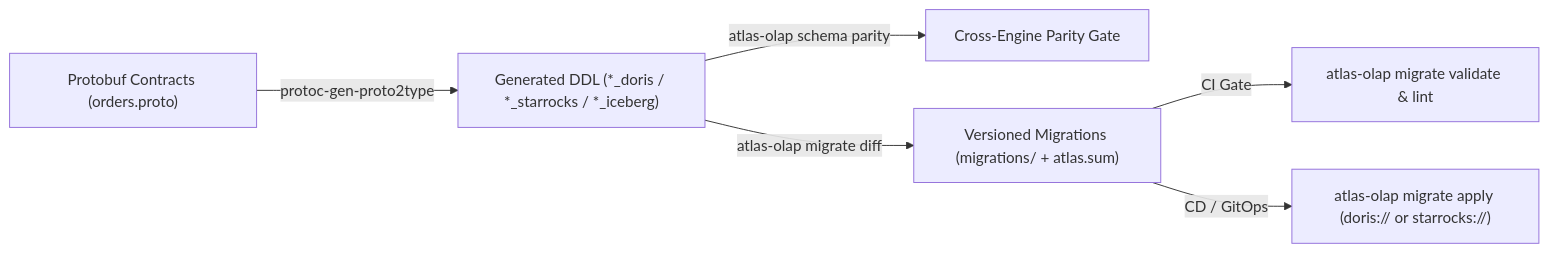
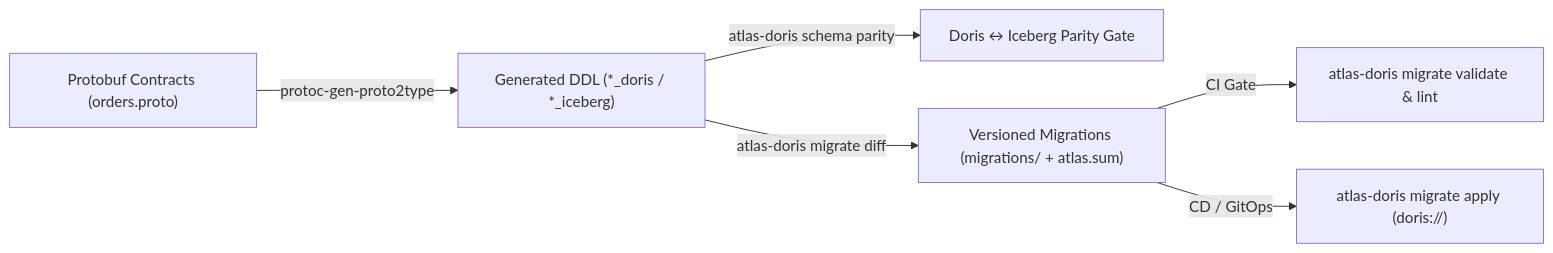
One commit to protocgen/atlas-doris changed the diagram in README.md. Above: the diagram before and after it, drawn with Mermaid. The commit also changed other lines of this file and 25 other files, not shown here.

Commit message:
refactor(doris): remove StarRocks/atlas-olap and keep Doris 4.x + Iceberg v2 hardening

````diff
--- a/README.md
+++ b/README.md
@@ -36,8 +28,8 @@
 ```mermaid
 flowchart LR
-    P["Protobuf Contracts (orders.proto)"] -->|protoc-gen-proto2type| DDL["Generated DDL (*_doris / *_starrocks / *_iceberg)"]
-    DDL -->|atlas-olap schema parity| PARITY["Cross-Engine Parity Gate"]
-    DDL -->|atlas-olap migrate diff| CHAIN["Versioned Migrations (migrations/ + atlas.sum)"]
-    CHAIN -->|CI Gate| LINT["atlas-olap migrate validate & lint"]
-    CHAIN -->|CD / GitOps| EXEC["atlas-olap migrate apply (doris:// or starrocks://)"]
+    P["Protobuf Contracts (orders.proto)"] -->|protoc-gen-proto2type| DDL["Generated DDL (*_doris / *_iceberg)"]
+    DDL -->|atlas-doris schema parity| PARITY["Doris ↔ Iceberg Parity Gate"]
+    DDL -->|atlas-doris migrate diff| CHAIN["Versioned Migrations (migrations/ + atlas.sum)"]
+    CHAIN -->|CI Gate| LINT["atlas-doris migrate validate & lint"]
+    CHAIN -->|CD / GitOps| EXEC["atlas-doris migrate apply (doris://)"]
 ```
````
